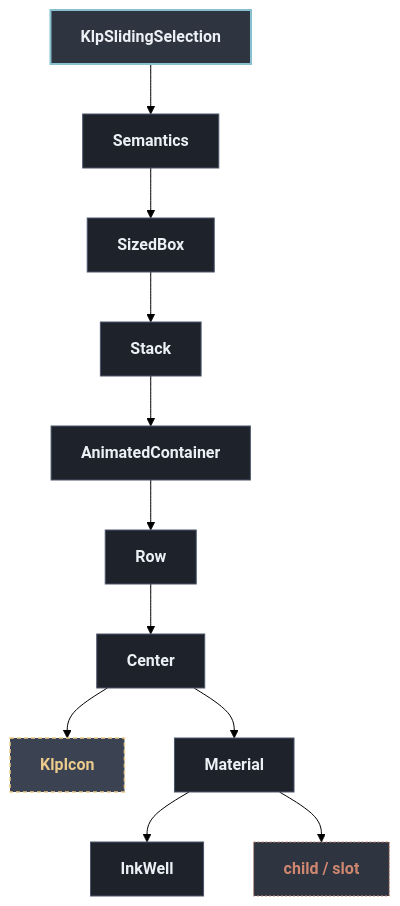
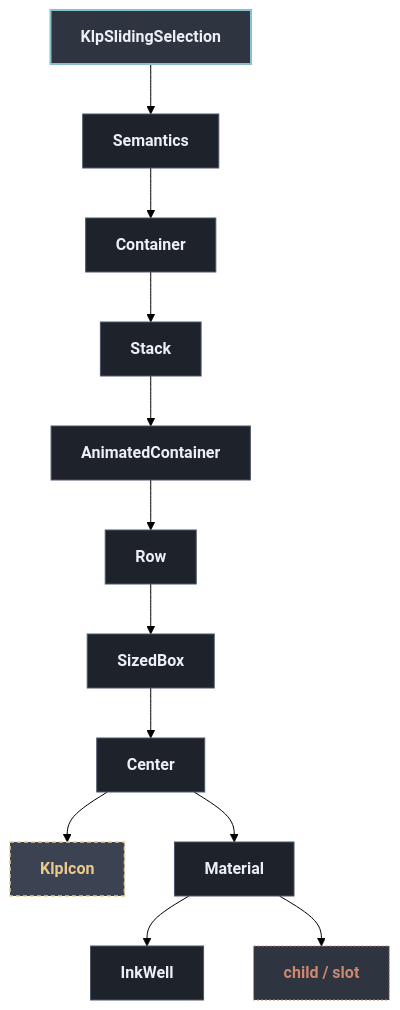
The diagram in docs/architecture/components/controls/klp_sliding_selection.md (MiuDog/Kallopis), drawn with Mermaid (forest theme) before and after one commit. The commit also changed other lines of this file and 123 other files, not shown here.

First line of the commit message:
docs(architecture): regenerate per-component trees, unbreak the generator

````diff
--- a/docs/architecture/components/controls/klp_sliding_selection.md
+++ b/docs/architecture/components/controls/klp_sliding_selection.md
@@ -13,30 +13,32 @@
 ```mermaid
 flowchart TD
   classDef default fill:#1E222B,stroke:#4C566A,stroke-width:1px,color:#ECEFF4;
   classDef root fill:#2E3440,stroke:#88C0D0,stroke-width:2px,color:#ECEFF4,font-weight:bold;
   classDef reference fill:#3B4252,stroke:#EBCB8B,stroke-width:1.5px,stroke-dasharray: 4 3,color:#EBCB8B;
   classDef container fill:#2E3440,stroke:#A3BE8C,stroke-width:1.5px,color:#A3BE8C;
   classDef slot fill:#2E3440,stroke:#D08770,stroke-width:1px,stroke-dasharray: 2 2,color:#D08770;
 
   root["KlpSlidingSelection"]:::root
   n1["Semantics"]
   root --> n1
-  n2["SizedBox"]
+  n2["Container"]
   n1 --> n2
   n3["Stack"]
   n2 --> n3
   n4["AnimatedContainer"]
   n3 --> n4
   n5["Row"]
   n4 --> n5
-  n6["Center"]
+  n6["SizedBox"]
   n5 --> n6
-  n7["KlpIcon"]:::reference
+  n7["Center"]
   n6 --> n7
-  n8["Material"]
-  n6 --> n8
-  n9["InkWell"]
-  n8 --> n9
-  n10["child / slot"]:::slot
-  n8 --> n10
+  n8["KlpIcon"]:::reference
+  n7 --> n8
+  n9["Material"]
+  n7 --> n9
+  n10["InkWell"]
+  n9 --> n10
+  n11["child / slot"]:::slot
+  n9 --> n11
 ```
````
